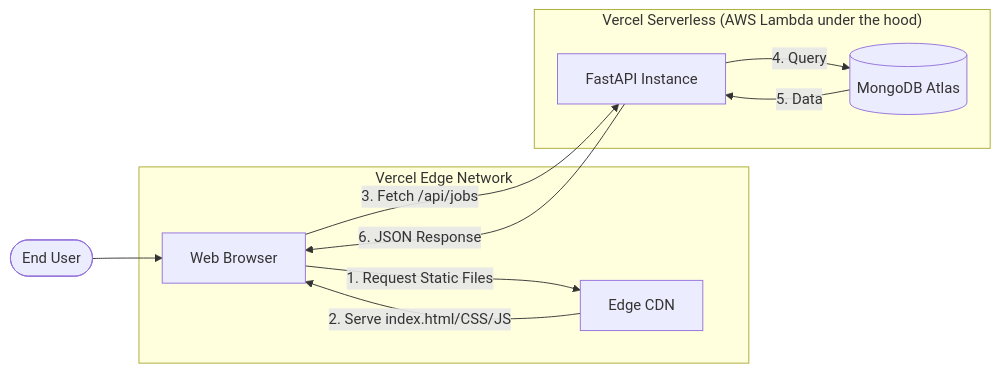
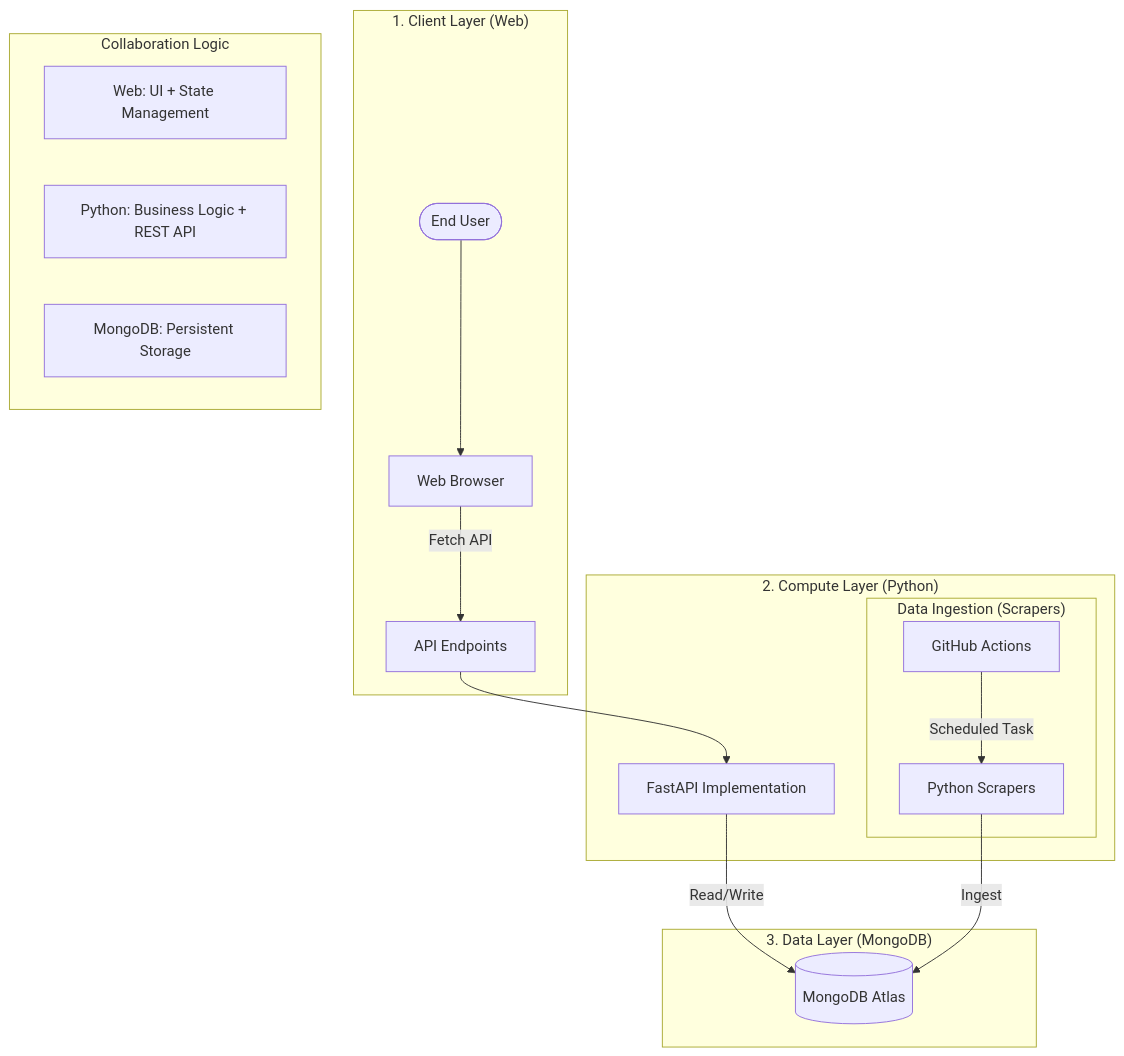
The diagram in Design/Web_Architecture.md (zgbl/JobDetector), drawn with Mermaid before and after one commit. The commit also changed other lines of this file and 9 other files, not shown here.

````diff
--- a/Design/Web_Architecture.md
+++ b/Design/Web_Architecture.md
@@ -26,16 +29,26 @@
 ```mermaid
-graph LR
-    User([End User]) --> Browser[Web Browser]
+graph TB
+    subgraph "1. Client Layer (Web)"
+        User([End User]) --> Browser[Web Browser]
+        Browser -- "Fetch API" --> API_End[API Endpoints]
+    end
     
-    subgraph "Vercel Edge Network"
-        Browser -- "1. Request Static Files" --> Edge[Edge CDN]
-        Edge -- "2. Serve index.html/CSS/JS" --> Browser
+    subgraph "2. Compute Layer (Python)"
+        API_End --> FastAPI[FastAPI Implementation]
+        
+        subgraph "Data Ingestion (Scrapers)"
+            GHA[GitHub Actions] -- "Scheduled Task" --> Scrapers[Python Scrapers]
+        end
     end
 
-    subgraph "Vercel Serverless (AWS Lambda under the hood)"
-        Browser -- "3. Fetch /api/jobs" --> FastAPI[FastAPI Instance]
-        FastAPI -- "4. Query" --> DB[(MongoDB Atlas)]
-        DB -- "5. Data" --> FastAPI
-        FastAPI -- "6. JSON Response" --> Browser
+    subgraph "3. Data Layer (MongoDB)"
+        FastAPI -- "Read/Write" --> DB[(MongoDB Atlas)]
+        Scrapers -- "Ingest" --> DB
+    end
+
+    subgraph "Collaboration Logic"
+        Note1[Web: UI + State Management]
+        Note2[Python: Business Logic + REST API]
+        Note3[MongoDB: Persistent Storage]
     end
 ```
````
